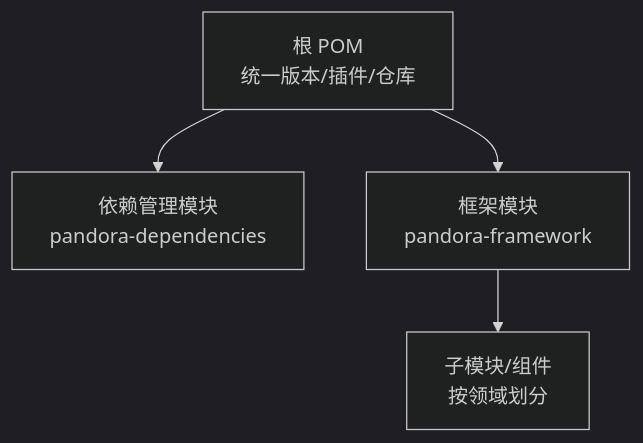
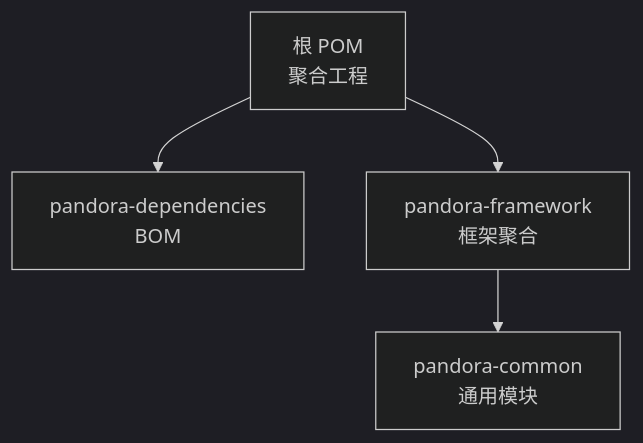
The first of 3 diagrams in .qoder/repowiki/zh/content/配置管理.md (guanglei93/pandora-cloud), drawn with Mermaid (dark theme) before and after one commit. The commit also changed other lines of this file and 51 other files, not shown here.

Commit message:
重新生成 pandora-common 模块文档（qoder），重构文档目录结构

````diff
--- a/.qoder/repowiki/zh/content/配置管理.md
+++ b/.qoder/repowiki/zh/content/配置管理.md
@@ -30,6 +33,6 @@
 ```mermaid
 graph TB
-Root["根 POM<br/>统一版本/插件/仓库"] --> Deps["依赖管理模块<br/>pandora-dependencies"]
-Root --> Fwk["框架模块<br/>pandora-framework"]
-Fwk --> SubModules["子模块/组件<br/>按领域划分"]
+Root["根 POM<br/>聚合工程"] --> Deps["pandora-dependencies<br/>BOM"]
+Root --> FW["pandora-framework<br/>框架聚合"]
+FW --> Common["pandora-common<br/>通用模块"]
 ```
````
